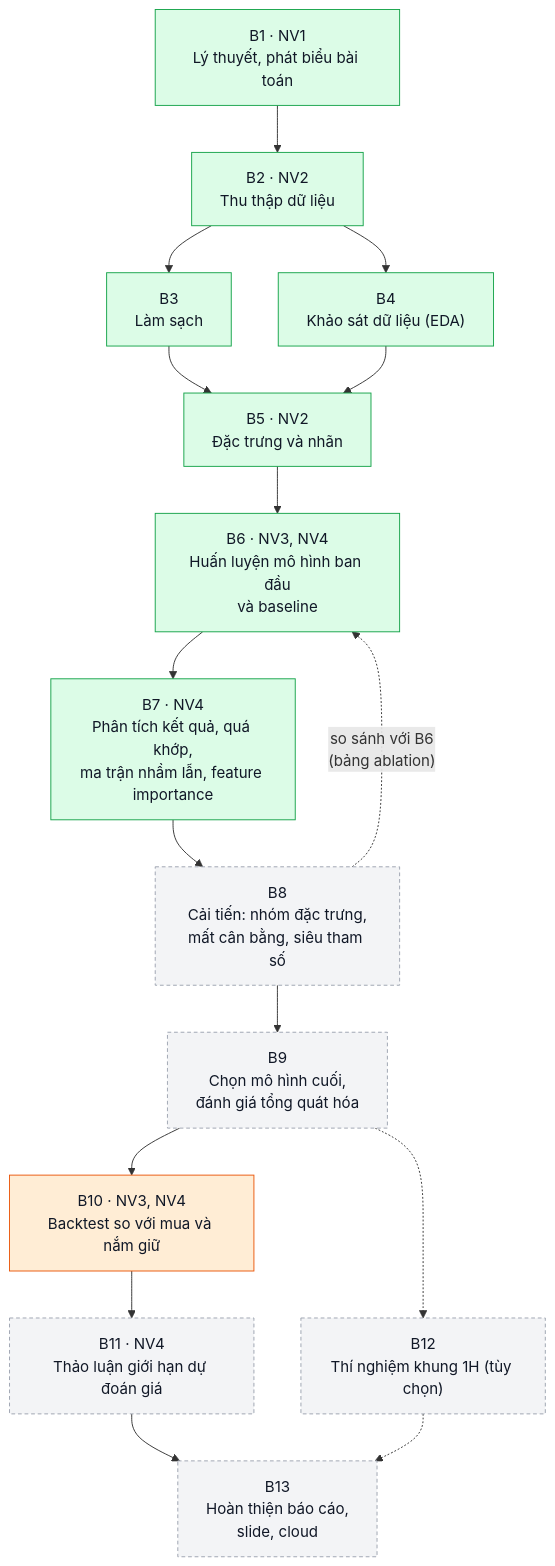
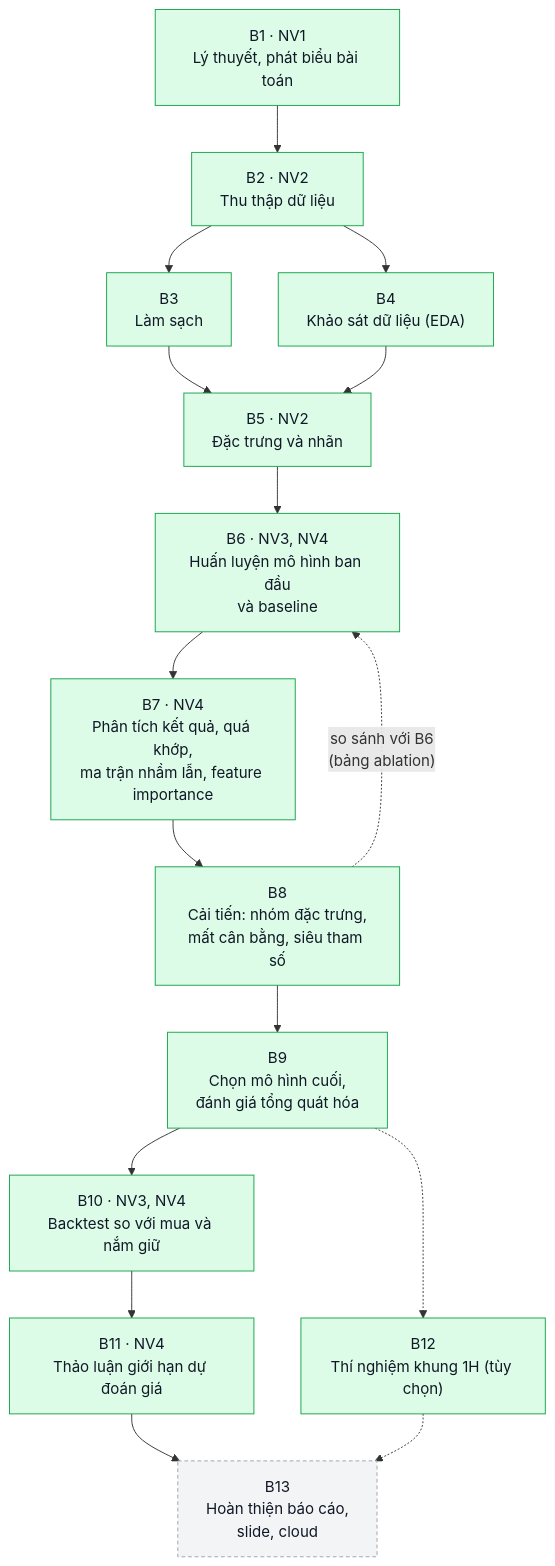
Before and after one commit to ductoan10th11/stock: the second of 4 diagrams in docs/idea.md, drawn with Mermaid. The commit also changed 29 other files, not shown here.

````diff
--- a/docs/idea.md
+++ b/docs/idea.md
@@ -78,28 +78,27 @@
 ```mermaid
 flowchart TD
     B1["B1 · NV1<br/>Lý thuyết, phát biểu bài toán"]
     B2["B2 · NV2<br/>Thu thập dữ liệu"]
     B3["B3<br/>Làm sạch"]
     B4["B4<br/>Khảo sát dữ liệu (EDA)"]
     B5["B5 · NV2<br/>Đặc trưng và nhãn"]
     B6["B6 · NV3, NV4<br/>Huấn luyện mô hình ban đầu<br/>và baseline"]
     B7["B7 · NV4<br/>Phân tích kết quả, quá khớp,<br/>ma trận nhầm lẫn, feature importance"]
     B8["B8<br/>Cải tiến: nhóm đặc trưng,<br/>mất cân bằng, siêu tham số"]
     B9["B9<br/>Chọn mô hình cuối,<br/>đánh giá tổng quát hóa"]
     B10["B10 · NV3, NV4<br/>Backtest so với mua và nắm giữ"]
     B11["B11 · NV4<br/>Thảo luận giới hạn dự đoán giá"]
     B12["B12<br/>Thí nghiệm khung 1H (tùy chọn)"]
     B13["B13<br/>Hoàn thiện báo cáo,<br/>slide, cloud"]
 
     B1 --> B2 --> B3 --> B5 --> B6 --> B7 --> B8 --> B9 --> B10 --> B11 --> B13
     B2 --> B4 --> B5
     B8 -. "so sánh với B6<br/>(bảng ablation)" .-> B6
     B9 -.-> B12 -.-> B13
 
     classDef done fill:#dcfce7,stroke:#16a34a,color:#111827
     classDef part fill:#ffedd5,stroke:#ea580c,color:#111827
     classDef todo fill:#f3f4f6,stroke:#9ca3af,stroke-dasharray:4 3,color:#111827
-    class B1,B2,B3,B4,B5,B6,B7 done
-    class B10 part
-    class B8,B9,B11,B12,B13 todo
+    class B1,B2,B3,B4,B5,B6,B7,B8,B9,B10,B11,B12 done
+    class B13 todo
 ```
````
